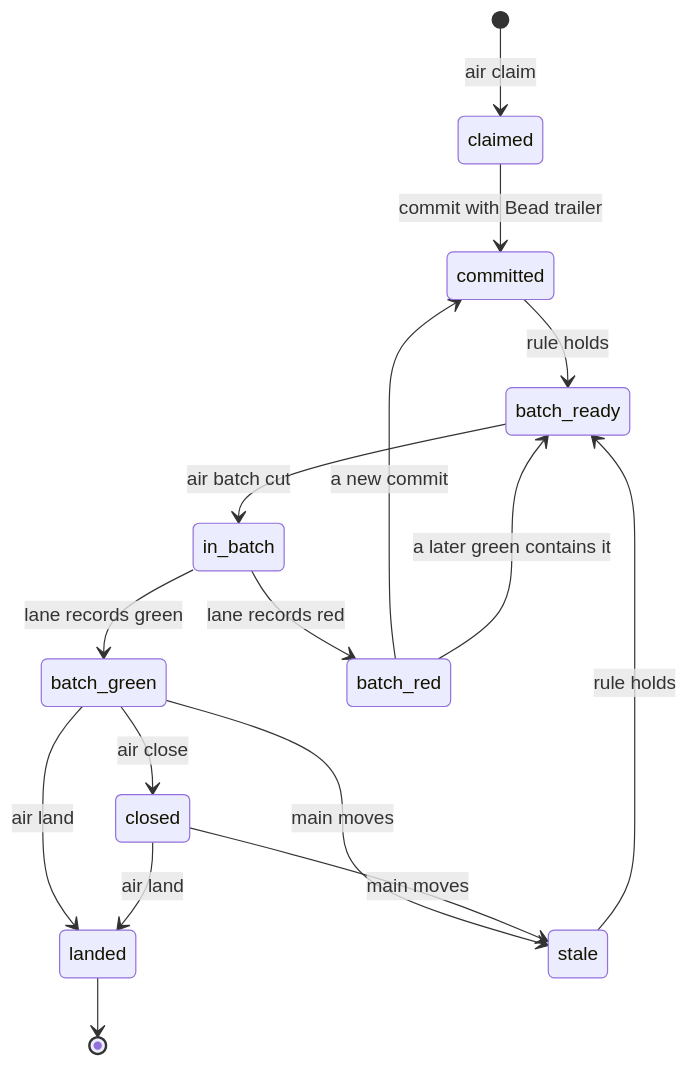
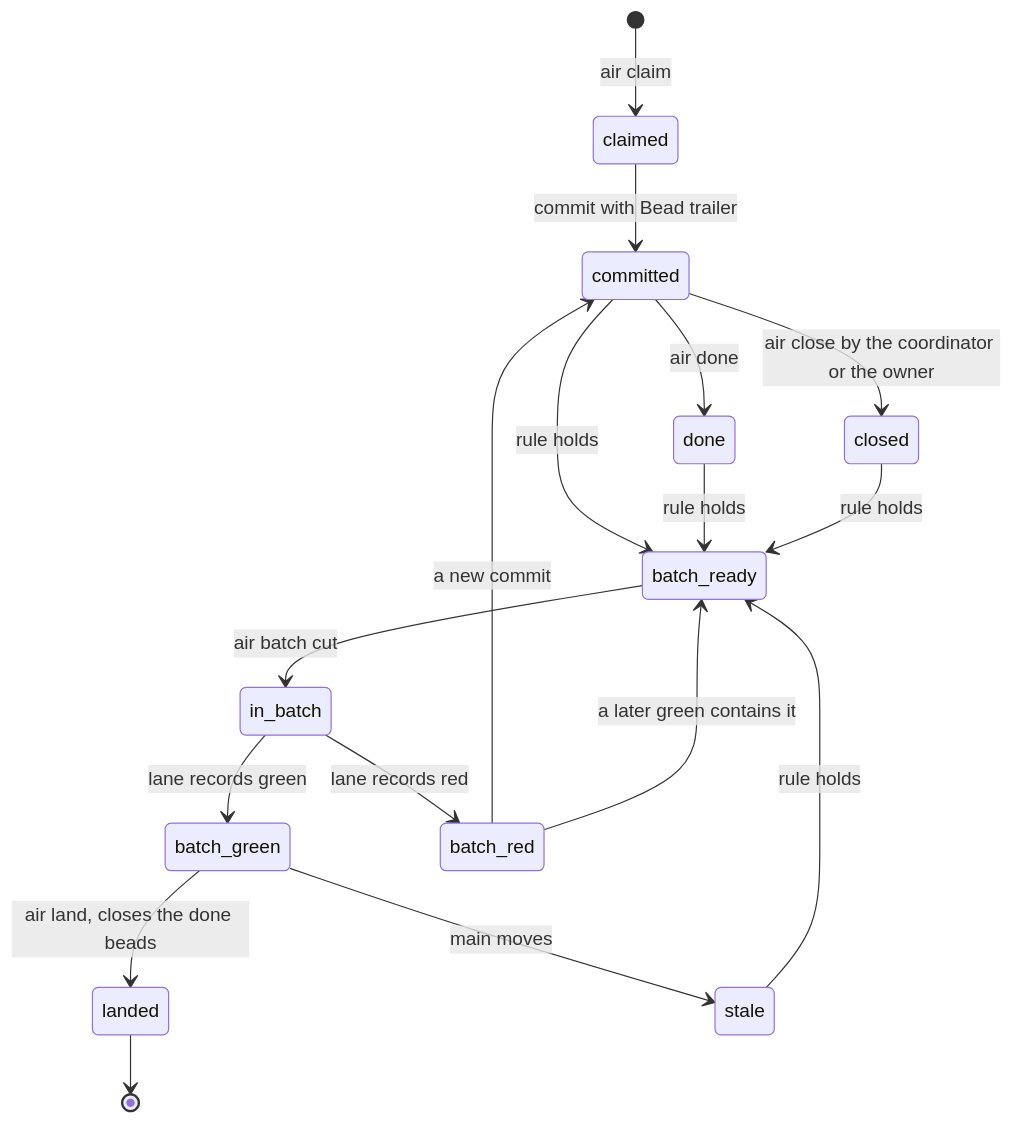
One commit to AJTJ/airunner changed the third of 8 diagrams in docs/design.md. Above: the diagram before and after it, drawn with Mermaid. The commit also changed other lines of this file and 12 other files, not shown here.

````diff
--- a/docs/design.md
+++ b/docs/design.md
@@ -287,18 +288,19 @@
 ```mermaid
 stateDiagram-v2
   [*] --> claimed: air claim
   claimed --> committed: commit with Bead trailer
+  committed --> done: air done
+  committed --> closed: air close by the coordinator or the owner
   committed --> batch_ready: rule holds
+  done --> batch_ready: rule holds
+  closed --> batch_ready: rule holds
   batch_ready --> in_batch: air batch cut
   in_batch --> batch_green: lane records green
   in_batch --> batch_red: lane records red
   batch_red --> committed: a new commit
   batch_red --> batch_ready: a later green contains it
-  batch_green --> closed: air close
-  batch_green --> landed: air land
-  closed --> landed: air land
+  batch_green --> landed: air land, closes the done beads
   batch_green --> stale: main moves
-  closed --> stale: main moves
   stale --> batch_ready: rule holds
   landed --> [*]
 ```
````
